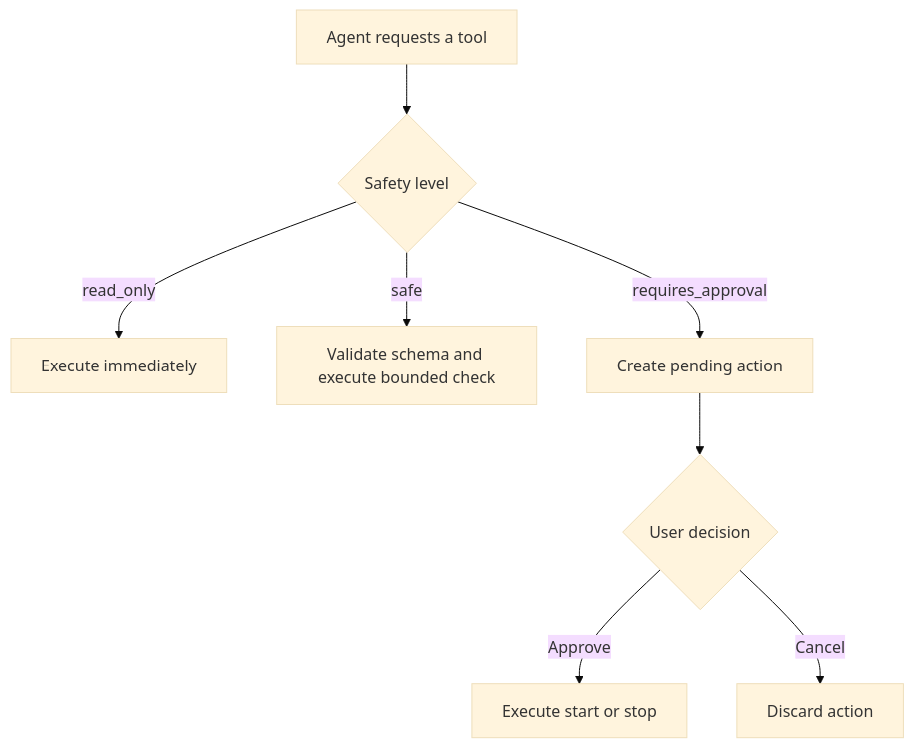
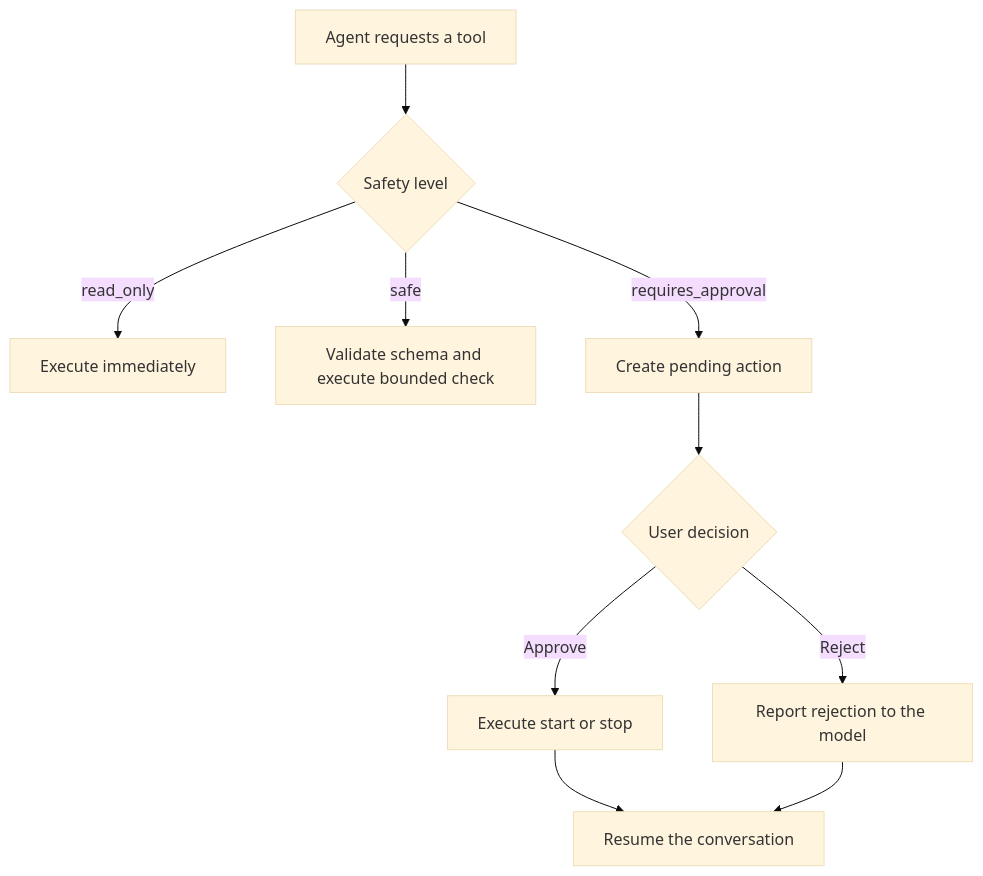
Before and after one commit to Shan2L/VAP: the third of 5 diagrams in AGENT_GUIDE.md, drawn with Mermaid (base theme). The commit also changed other lines of this file and 17 other files, not shown here.

````diff
--- a/AGENT_GUIDE.md
+++ b/AGENT_GUIDE.md
@@ -157,10 +168,12 @@
 ```mermaid
 flowchart TD
     ToolCall["Agent requests a tool"] --> Safety{"Safety level"}
     Safety -->|"read_only"| ExecuteRead["Execute immediately"]
     Safety -->|"safe"| ValidateArgs["Validate schema and execute bounded check"]
     Safety -->|"requires_approval"| Pending["Create pending action"]
     Pending --> UserDecision{"User decision"}
     UserDecision -->|"Approve"| ExecuteMutation["Execute start or stop"]
-    UserDecision -->|"Cancel"| Discard["Discard action"]
+    UserDecision -->|"Reject"| Discard["Report rejection to the model"]
+    ExecuteMutation --> Resume["Resume the conversation"]
+    Discard --> Resume
 ```
````
